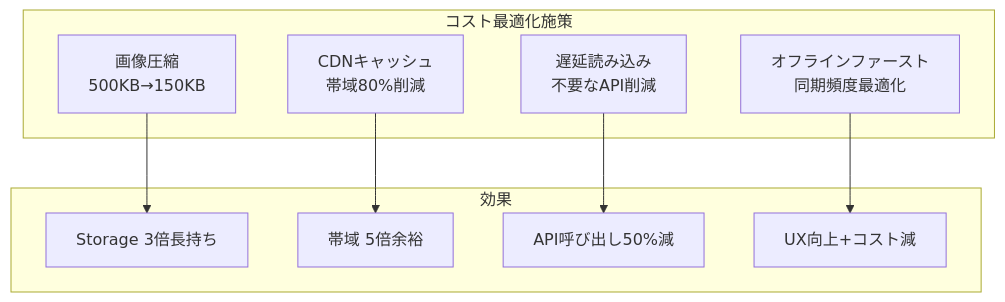
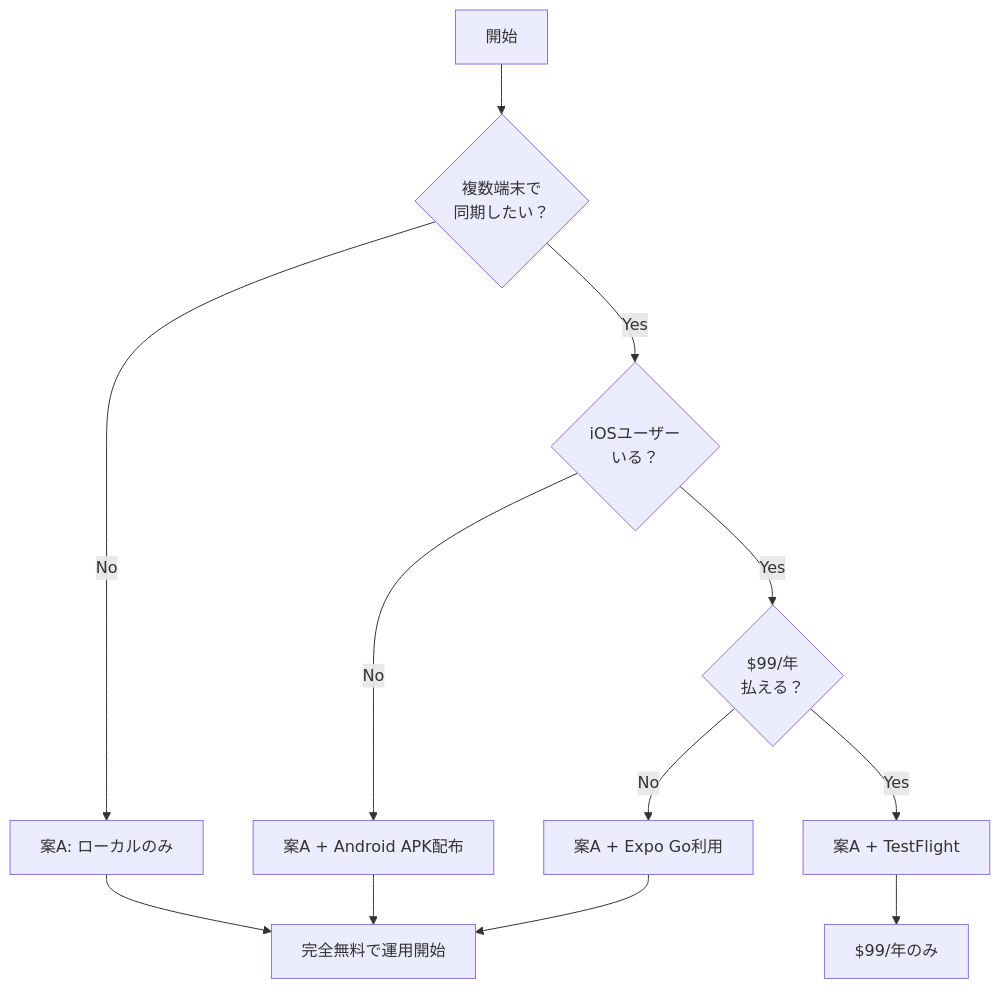
The sixth of 6 diagrams in docs/SYSTEM_ARCHITECTURE.md (Tetsuya4869/catDailyNoteApp), drawn with Mermaid before and after one commit. The commit also changed other lines of this file, not shown here.

First line of the commit message:
Simplify system architecture for small-scale free operation

````diff
--- a/docs/SYSTEM_ARCHITECTURE.md
+++ b/docs/SYSTEM_ARCHITECTURE.md
@@ -512,21 +192,15 @@
 ```mermaid
 flowchart TB
-    subgraph Optimization["コスト最適化施策"]
-        O1[画像圧縮<br/>500KB→150KB]
-        O2[CDNキャッシュ<br/>帯域80%削減]
-        O3[遅延読み込み<br/>不要なAPI削減]
-        O4[オフラインファースト<br/>同期頻度最適化]
-    end
-
-    subgraph Result["効果"]
-        R1[Storage 3倍長持ち]
-        R2[帯域 5倍余裕]
-        R3[API呼び出し50%減]
-        R4[UX向上+コスト減]
-    end
-
-    O1 --> R1
-    O2 --> R2
-    O3 --> R3
-    O4 --> R4
+    Start[開始] --> Q1{複数端末で<br/>同期したい？}
+    Q1 -->|No| A[案A: ローカルのみ]
+    Q1 -->|Yes| Q2{iOSユーザー<br/>いる？}
+    Q2 -->|No| B1[案A + Android APK配布]
+    Q2 -->|Yes| Q3{$99/年<br/>払える？}
+    Q3 -->|No| B2[案A + Expo Go利用]
+    Q3 -->|Yes| B3[案A + TestFlight]
+    
+    A --> Done[完全無料で運用開始]
+    B1 --> Done
+    B2 --> Done
+    B3 --> Low[$99/年のみ]
 ```
````
